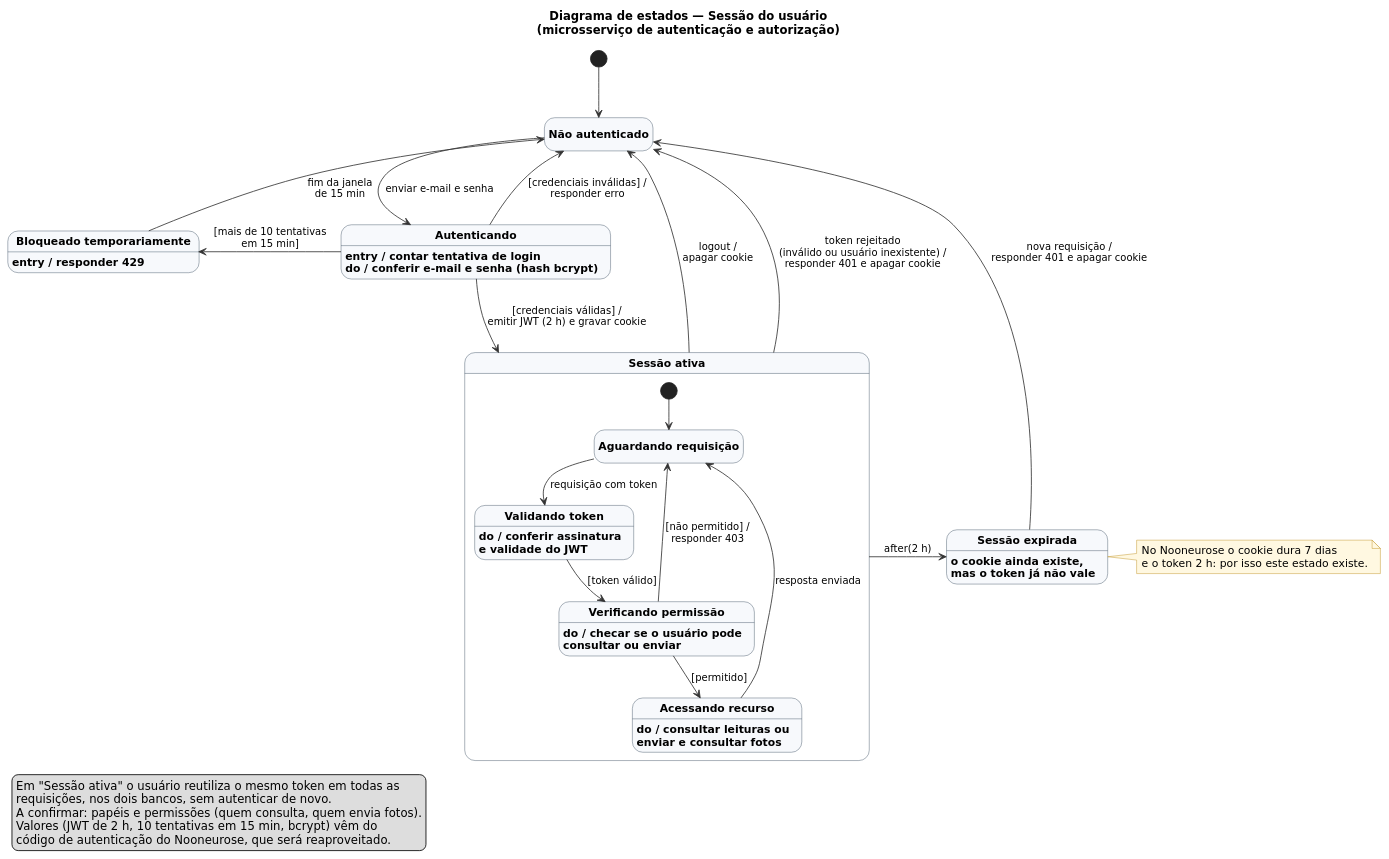
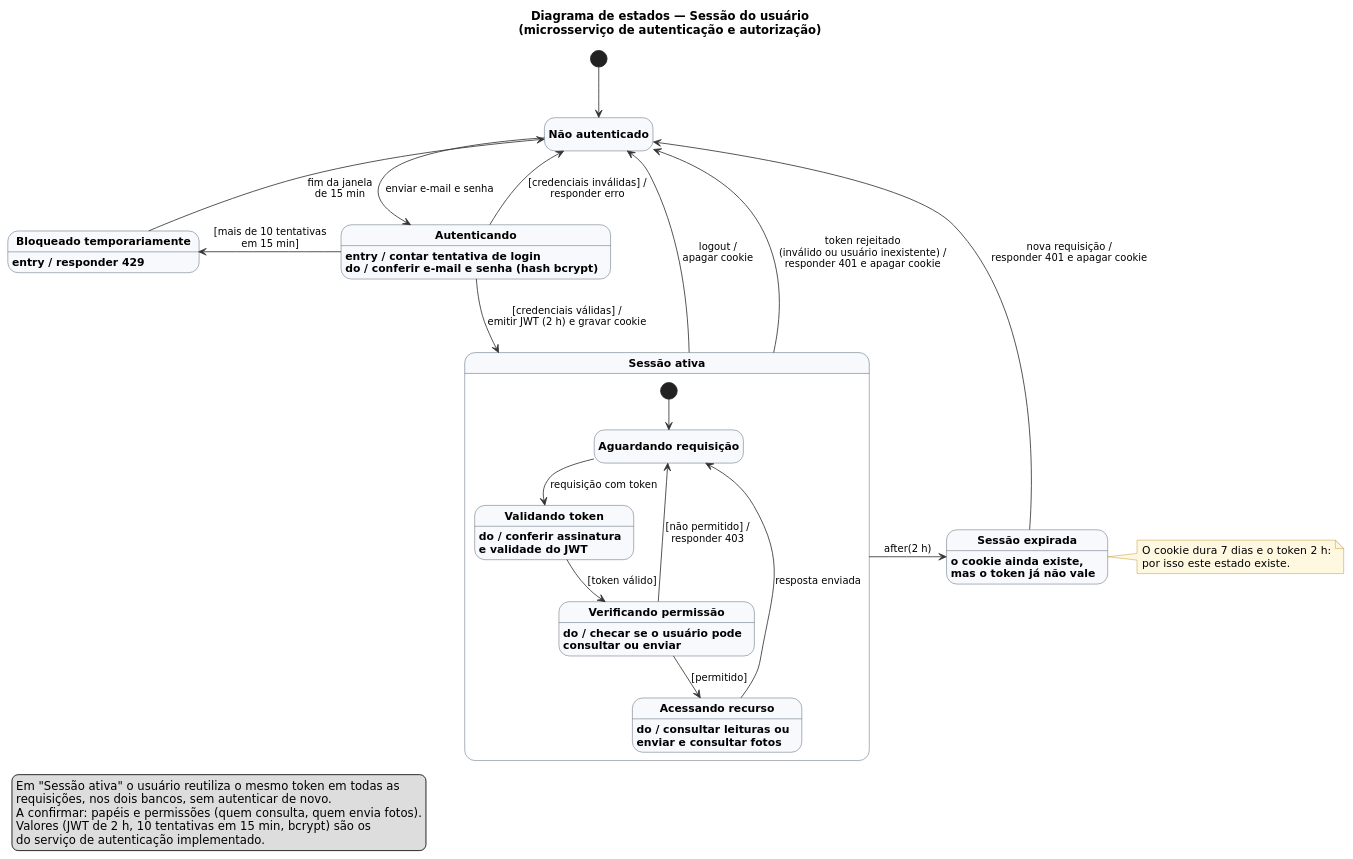
One commit to DavidsonWasserman/trabalho-sistemas-distribuidos changed the diagram in docs/diagramas/diagrama_estado_sessao.puml. Above: the diagram before and after it, drawn with PlantUML. The commit also changed 41 other files, not shown here.

Commit message:
Adiciona serviço de autenticação

```diff
--- a/docs/diagramas/diagrama_estado_sessao.puml
+++ b/docs/diagramas/diagrama_estado_sessao.puml
@@ -1,67 +1,67 @@
 @startuml diagrama_estado_sessao
 ' Diagrama de estados UML - sessão do usuário no microsserviço de autenticação
 ' Abrir em: https://www.plantuml.com/plantuml (colar o texto) ou extensão PlantUML do VS Code
 
 title Diagrama de estados — Sessão do usuário\n(microsserviço de autenticação e autorização)
 
 hide empty description
 skinparam shadowing false
 skinparam defaultFontName "DejaVu Sans"
 skinparam defaultFontSize 13
 skinparam ArrowColor #333333
 skinparam ArrowFontSize 12
 skinparam state {
   BackgroundColor #F7F9FC
   BorderColor #33475B
   FontStyle bold
   StartColor #33475B
   EndColor #33475B
 }
 skinparam note {
   BackgroundColor #FFF8E1
   BorderColor #B8860B
 }
 
 state "Não autenticado" as NaoAutenticado
 state "Autenticando" as Autenticando : entry / contar tentativa de login\ndo / conferir e-mail e senha (hash bcrypt)
 state "Bloqueado temporariamente" as Bloqueado : entry / responder 429
 state "Sessão expirada" as Expirada : o cookie ainda existe,\nmas o token já não vale
 
 state "Sessão ativa" as Ativa {
   state "Aguardando requisição" as Aguardando
   state "Validando token" as Validando : do / conferir assinatura\ne validade do JWT
   state "Verificando permissão" as Permissao : do / checar se o usuário pode\nconsultar ou enviar
   state "Acessando recurso" as Acessando : do / consultar leituras ou\nenviar e consultar fotos
 
   [*] --> Aguardando
   Aguardando --> Validando : requisição com token
   Validando --> Permissao : [token válido]
   Permissao --> Acessando : [permitido]
   Permissao --> Aguardando : [não permitido] /\nresponder 403
   Acessando --> Aguardando : resposta enviada
 }
 
 [*] -down-> NaoAutenticado
 NaoAutenticado -down-> Autenticando : enviar e-mail e senha
 Autenticando -up-> NaoAutenticado : [credenciais inválidas] /\nresponder erro
 Autenticando -left-> Bloqueado : [mais de 10 tentativas\nem 15 min]
 Bloqueado -up-> NaoAutenticado : fim da janela\nde 15 min
 Autenticando -down-> Ativa : [credenciais válidas] /\nemitir JWT (2 h) e gravar cookie
 Ativa -right-> Expirada : after(2 h)
 Expirada -up-> NaoAutenticado : nova requisição /\nresponder 401 e apagar cookie
 Ativa -up-> NaoAutenticado : logout /\napagar cookie
 Ativa -up-> NaoAutenticado : token rejeitado\n(inválido ou usuário inexistente) /\nresponder 401 e apagar cookie
 
 note right of Expirada
-  No Nooneurose o cookie dura 7 dias
-  e o token 2 h: por isso este estado existe.
+  O cookie dura 7 dias e o token 2 h:
+  por isso este estado existe.
 end note
 
 legend bottom left
   Em "Sessão ativa" o usuário reutiliza o mesmo token em todas as
   requisições, nos dois bancos, sem autenticar de novo.
   A confirmar: papéis e permissões (quem consulta, quem envia fotos).
-  Valores (JWT de 2 h, 10 tentativas em 15 min, bcrypt) vêm do
-  código de autenticação do Nooneurose, que será reaproveitado.
+  Valores (JWT de 2 h, 10 tentativas em 15 min, bcrypt) são os
+  do serviço de autenticação implementado.
 endlegend
 @enduml
```
